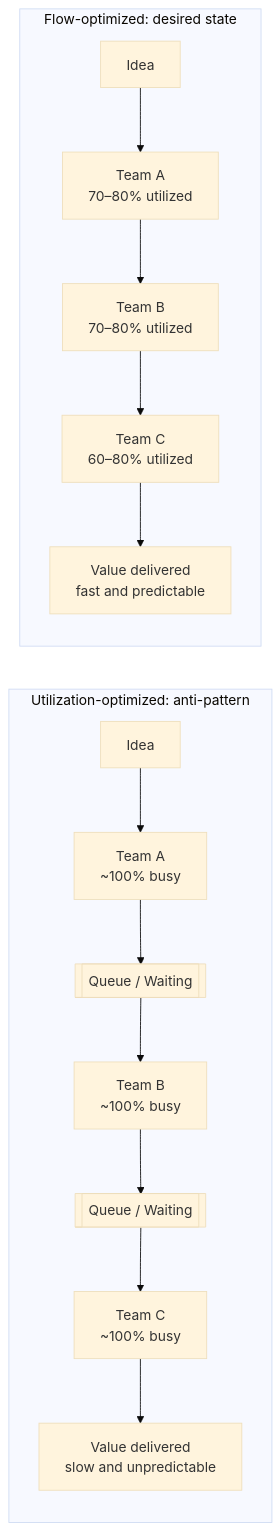
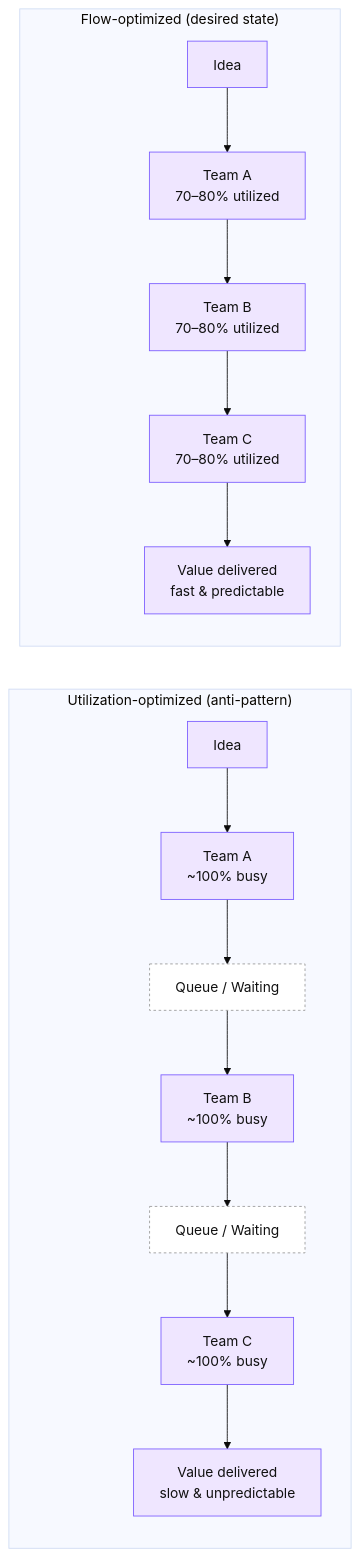
One commit to awsvkvims/engineering-productivity-metrics changed the diagram in 01-principles/optimize-for-flow-not-utilization.md. Above: the diagram before and after it, drawn with Mermaid (base theme).

Commit message:
docs: corrected flow vs utilization diagram - layout and direction

````diff
--- a/01-principles/optimize-for-flow-not-utilization.md
+++ b/01-principles/optimize-for-flow-not-utilization.md
@@ -17,18 +17,32 @@
 ```mermaid
 flowchart LR
-  subgraph U["Utilization-optimized: anti-pattern"]
-    I1[Idea] --> A1[Team A<br/>~100% busy]
-    A1 --> Q1[[Queue / Waiting]]
-    Q1 --> B1[Team B<br/>~100% busy]
-    B1 --> Q2[[Queue / Waiting]]
-    Q2 --> C1[Team C<br/>~100% busy]
-    C1 --> O1[Value delivered<br/>slow and unpredictable]
-  end
 
-  subgraph F["Flow-optimized: desired state"]
-    I2[Idea] --> A2[Team A<br/>70–80% utilized]
-    A2 --> B2[Team B<br/>70–80% utilized]
-    B2 --> C2[Team C<br/>60–80% utilized]
-    C2 --> O2[Value delivered<br/>fast and predictable]
-  end
+%% Make the two subgraphs sit side-by-side
+%% Each subgraph uses TB so the steps inside flow top-to-bottom
+
+classDef box fill:#efe6ff,stroke:#7a5cff,stroke-width:1px,color:#111;
+classDef note fill:#fff,stroke:#999,stroke-dasharray:3 3,color:#111;
+classDef spacer fill:transparent,stroke:transparent,color:transparent;
+
+subgraph U["Utilization-optimized (anti-pattern)"]
+direction TB
+Usp[" "]:::spacer
+
+U0[Idea]:::box --> U1[Team A<br/>~100% busy]:::box
+U1 --> Uq1[Queue / Waiting]:::note
+Uq1 --> U2[Team B<br/>~100% busy]:::box
+U2 --> Uq2[Queue / Waiting]:::note
+Uq2 --> U3[Team C<br/>~100% busy]:::box
+U3 --> U4[Value delivered<br/>slow & unpredictable]:::box
+end
+
+subgraph F["Flow-optimized (desired state)"]
+direction TB
+Fsp[" "]:::spacer
+
+F0[Idea]:::box --> F1[Team A<br/>70–80% utilized]:::box
+F1 --> F2[Team B<br/>70–80% utilized]:::box
+F2 --> F3[Team C<br/>70–80% utilized]:::box
+F3 --> F4[Value delivered<br/>fast & predictable]:::box
+end
 ```  
````
